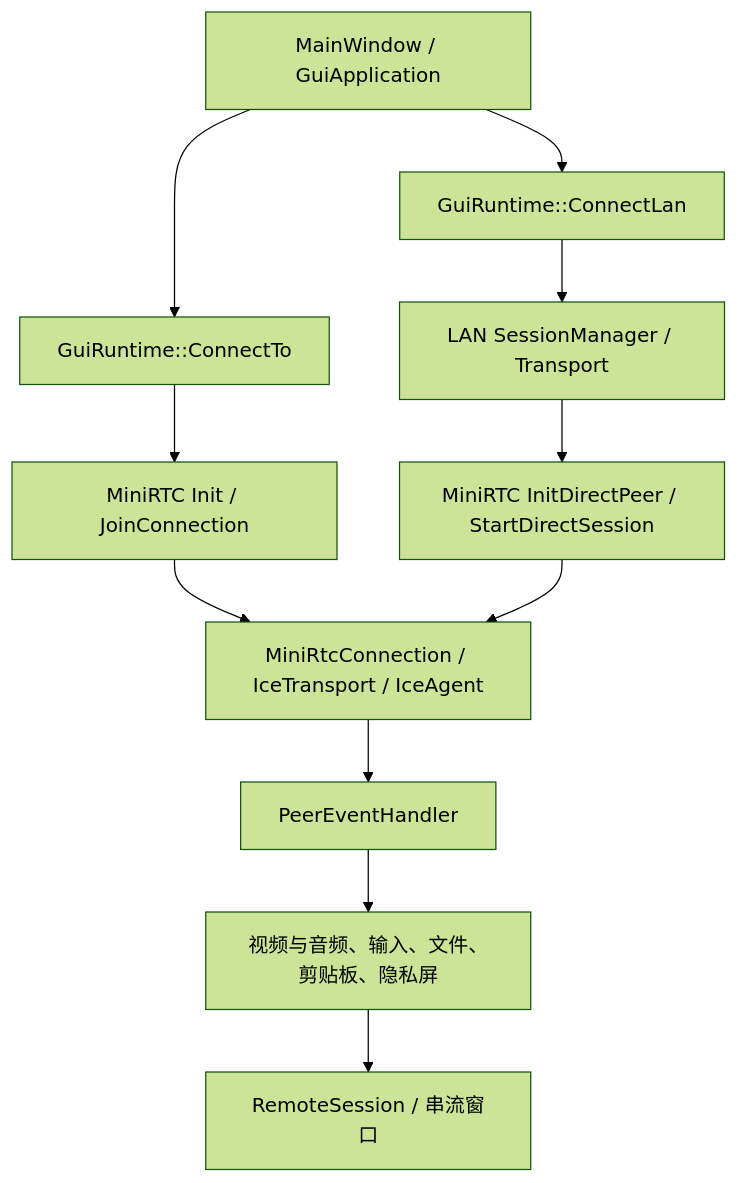
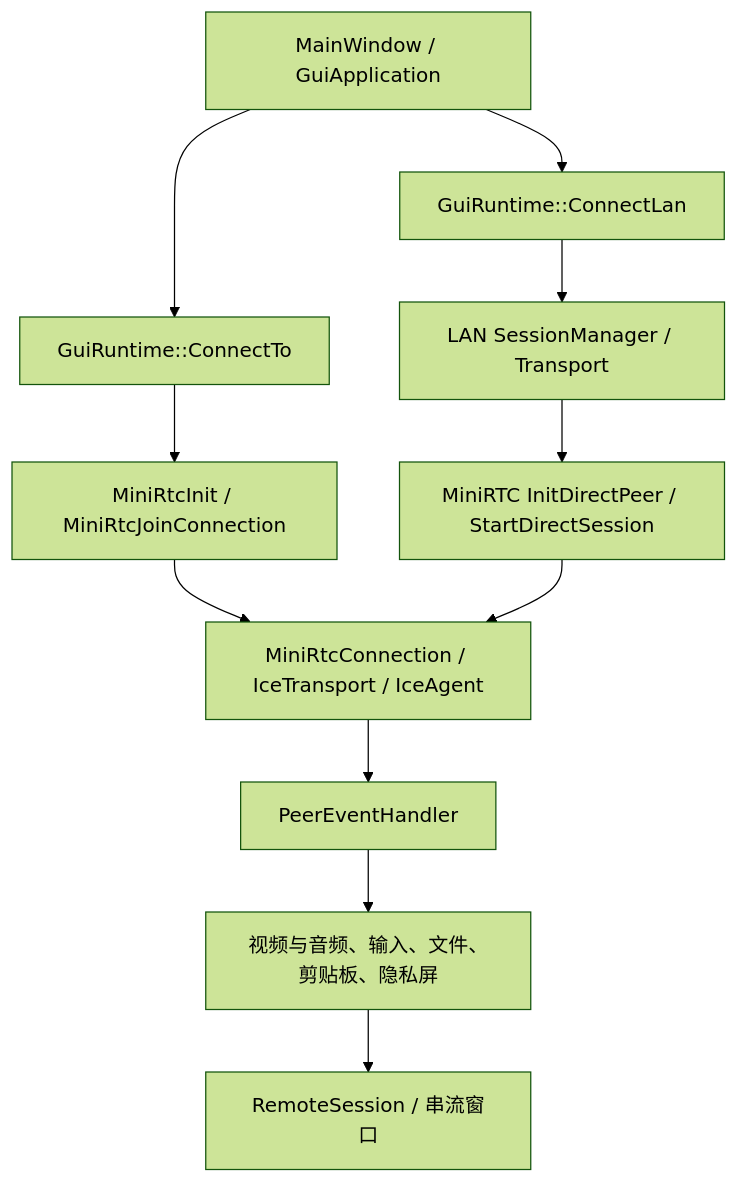
One commit to kunkundi/crossdesk changed the fifth of 5 diagrams in docs/connection-architecture.md. Above: the diagram before and after it, drawn with Mermaid (forest theme). The commit also changed other lines of this file and 37 other files, not shown here.

Commit message:
[refactor] migrate clients to unified MiniRTC APIs

````diff
--- a/docs/connection-architecture.md
+++ b/docs/connection-architecture.md
@@ -248,13 +248,13 @@
 ```mermaid
 flowchart TD
     UI["MainWindow / GuiApplication"] --> ID["GuiRuntime::ConnectTo"]
     UI --> IP["GuiRuntime::ConnectLan"]
-    ID --> Managed["MiniRTC Init / JoinConnection"]
+    ID --> Managed["MiniRtcInit / MiniRtcJoinConnection"]
     IP --> LAN["LAN SessionManager / Transport"]
     LAN --> Direct["MiniRTC InitDirectPeer / StartDirectSession"]
     Managed --> Common["MiniRtcConnection / IceTransport / IceAgent"]
     Direct --> Common
     Common --> Events["PeerEventHandler"]
     Events --> Features["视频与音频、输入、文件、剪贴板、隐私屏"]
     Features --> Session["RemoteSession / 串流窗口"]
 ```
````
